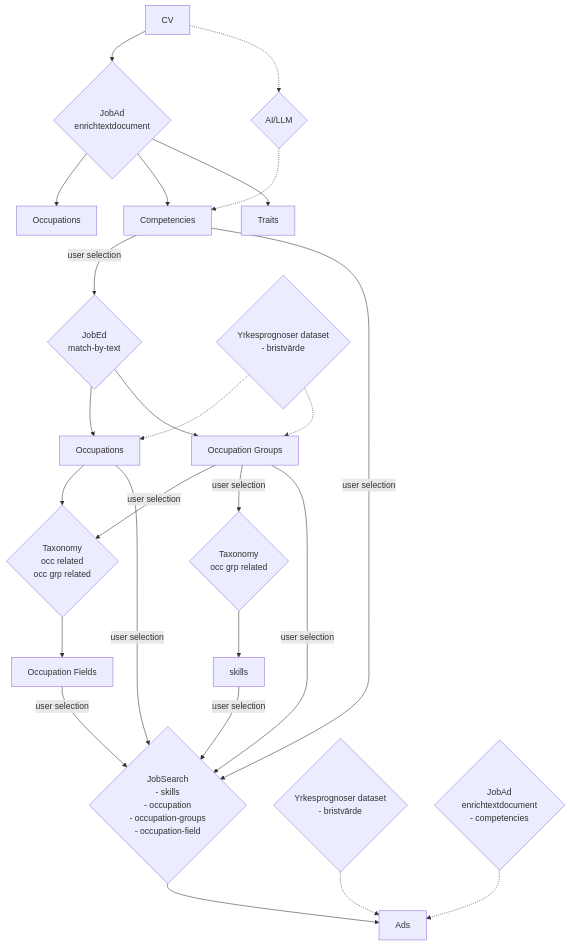
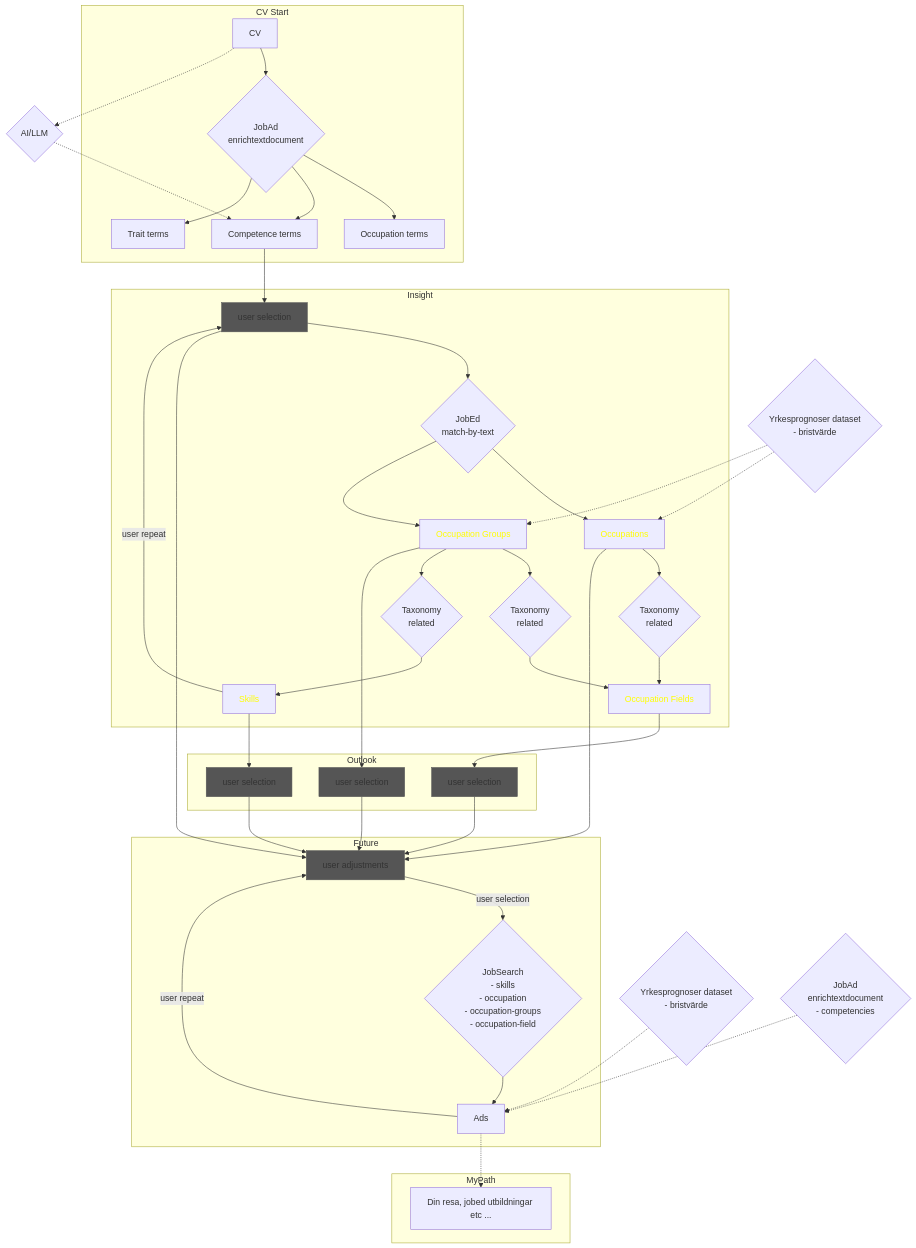
One commit to LearningArena/yrkesvagledning changed the diagram in README.md. Above: the diagram before and after it, drawn with Mermaid. The commit also changed other lines of this file, not shown here.

Commit message:
updated graph to latest implemented design

````diff
--- a/README.md
+++ b/README.md
@@ -16,29 +16,50 @@
 ```mermaid
 
 flowchart TD
-    B[CV] --> C{JobAd<br>enrichtextdocument}
-    C --> E[Occupations]
-    C --> D[Competencies]
-    C --> F[Traits]
+    classDef taxonomy color:#ff0
+    classDef userselect fill:#555,stroke:#555
+    subgraph CV Start
+        B[CV] --> C{JobAd<br>enrichtextdocument}
+        C --> E[Occupation terms]
+        C --> D[Competence terms]
+        C --> F[Trait terms]
+    end
     B[CV] -.-> N{AI/LLM}
-    N -.-> D[Competencies]
-    D -->|user selection| G{JobEd<br>match-by-text}
-    G --> H[Occupations]
-    G --> I[Occupation Groups]
-    H --> R{Taxonomy<br>occ related<br>occ grp related}
-    I -->|user selection| R
-    R --> S[Occupation Fields]
+    N -.-> D
+    subgraph Insight
+        D --> V[user selection]:::userselect
+        V --> G{JobEd<br>match-by-text}
+        G --> H[Occupations]:::taxonomy
+        G --> I[Occupation Groups]:::taxonomy
+        H --> U{Taxonomy<br>related}
+        I --> R{Taxonomy<br>related}
+        R --> S[Occupation Fields]:::taxonomy
+        U --> S
+        I --> J{Taxonomy<br>related}
+        J --> K[Skills]:::taxonomy
+        K -->|user repeat| V
+    end
     Q{Yrkesprognoser dataset<br>- bristvärde} -.-> H
     Q{Yrkesprognoser dataset<br>- bristvärde} -.-> I
-    I -->|user selection| J{Taxonomy<br>occ grp related}
-    J --> K[skills]
-    H -->|user selection| L{JobSearch<br>- skills<br>- occupation<br>- occupation-groups<br>- occupation-field}
-    D -->|user selection| L
-    I -->|user selection| L
-    K -->|user selection| L
-    S -->|user selection| L
-    L --> M[Ads<br>]
+    subgraph Outlook
+        K --> X[user selection]:::userselect
+        S --> Y[user selection]:::userselect
+        I --> Z[user selection]:::userselect
+    end
+    subgraph Future
+        H --> AB[user adjustments]:::userselect
+        V --> AB
+        X --> AB
+        Y --> AB
+        Z --> AB
+        AB -->|user selection| L{JobSearch<br>- skills<br>- occupation<br>- occupation-groups<br>- occupation-field}
+        L --> M[Ads<br>]
+        M -->|user repeat| AB
+    end
     O{Yrkesprognoser dataset<br>- bristvärde} -.-> M
     T{JobAd<br>enrichtextdocument<br>- competencies} -.-> M
+    subgraph MyPath
+        M -.-> AC[Din resa, jobed utbildningar etc ...]
+    end
 
 ```
````
